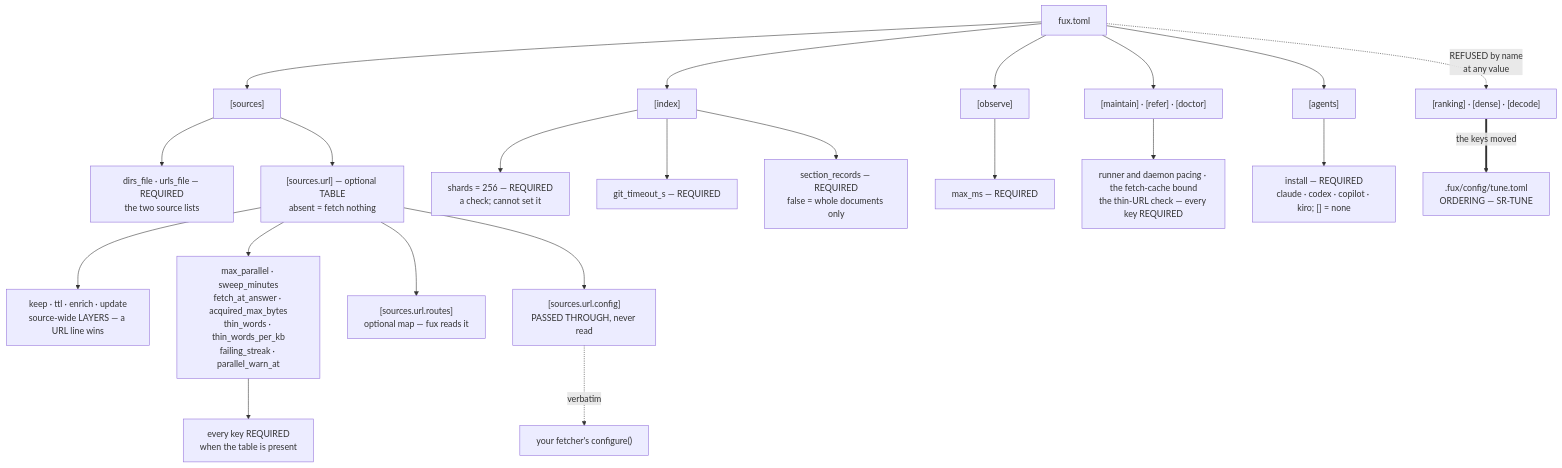
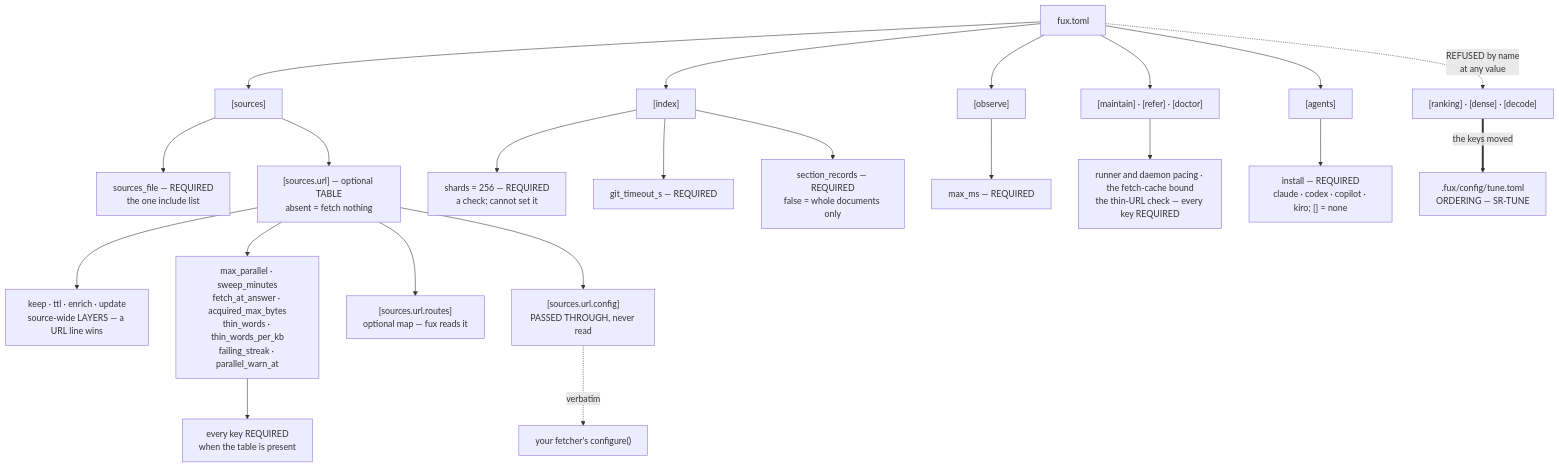
One commit to arpitarya/fux changed the diagram in records/0113_config.md. Above: the diagram before and after it, drawn with Mermaid. The commit also changed other lines of this file and 249 other files, not shown here.

First line of the commit message:
feat(w294): one .fux/sources.yaml; .fuxignore the only exclusion

````diff
--- a/records/0113_config.md
+++ b/records/0113_config.md
@@ -62,24 +62,24 @@
 ```mermaid
 flowchart TD
     F["fux.toml"] --> S["[sources]"]
-    S --> D["dirs_file · urls_file — REQUIRED<br/>the two source lists"]
+    S --> D["sources_file — REQUIRED<br/>the one include list"]
     S --> U["[sources.url] — optional TABLE<br/>absent = fetch nothing"]
     U --> ME["keep · ttl · enrich · update<br/>source-wide LAYERS — a URL line wins"]
     U --> MP["max_parallel · sweep_minutes<br/>fetch_at_answer · acquired_max_bytes<br/>thin_words · thin_words_per_kb<br/>failing_streak · parallel_warn_at"]
     MP --> RQ["every key REQUIRED<br/>when the table is present"]
     U --> RO["[sources.url.routes]<br/>optional map — fux reads it"]
     U --> CF["[sources.url.config]<br/>PASSED THROUGH, never read"]
     F --> I["[index]"]
     I --> SH["shards = 256 — REQUIRED<br/>a check; cannot set it"]
     I --> GT["git_timeout_s — REQUIRED"]
     I --> SR["section_records — REQUIRED<br/>false = whole documents only"]
     F --> OB["[observe]"]
     OB --> OM["max_ms — REQUIRED"]
     F --> MA["[maintain] · [refer] · [doctor]"]
     MA --> MK["runner and daemon pacing · the fetch-cache bound<br/>the thin-URL check — every key REQUIRED"]
     F --> AG["[agents]"]
     AG --> AI["install — REQUIRED<br/>claude · codex · copilot · kiro; [] = none"]
     F -.->|"REFUSED by name<br/>at any value"| RT["[ranking] · [dense] · [decode]"]
     RT ==>|"the keys moved"| TU[".fux/config/tune.toml<br/>ORDERING — SR-TUNE"]
     CF -.->|"verbatim"| MW["your fetcher's configure()"]
 ```
````
